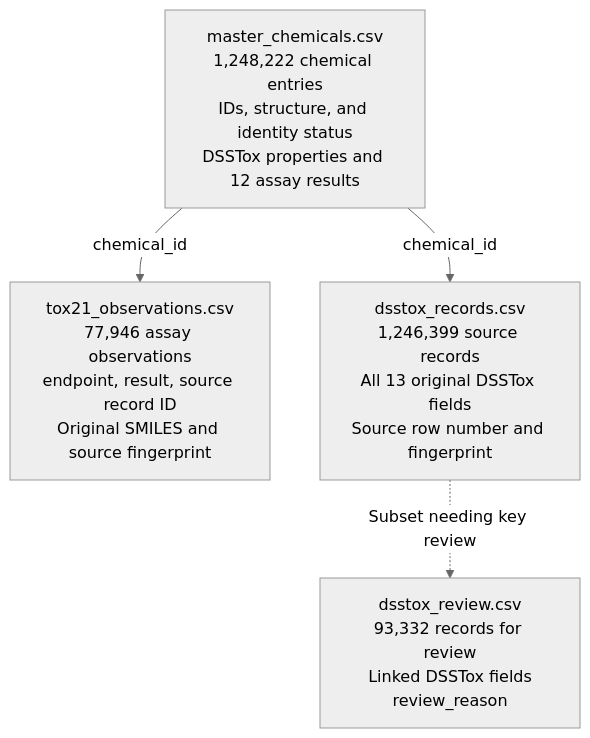
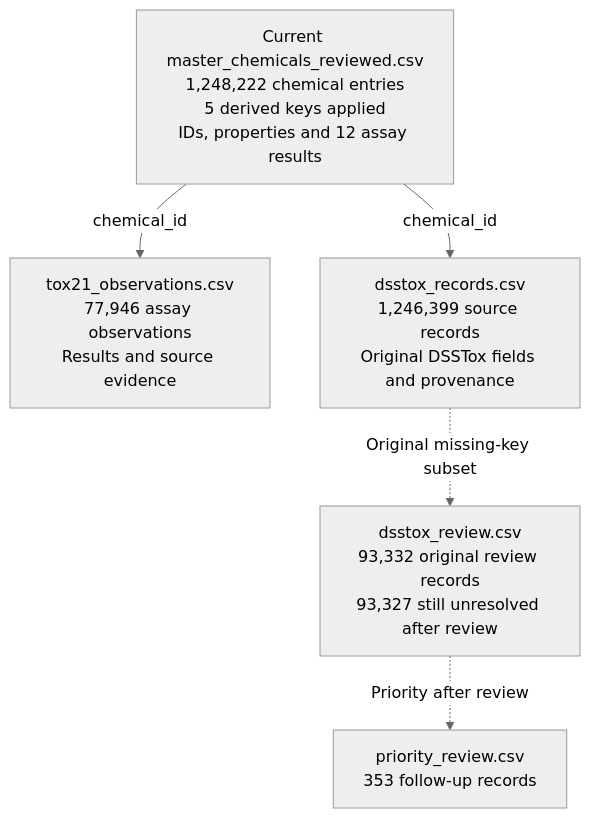
One commit to amiruzzaman/ncem-toxicity changed the diagram in README.md. Above: the diagram before and after it, drawn with Mermaid (neutral theme). The commit also changed other lines of this file and 3 other files, not shown here.

Commit message:
DssSubset Review Implementation.

````diff
--- a/README.md
+++ b/README.md
@@ -27,11 +27,13 @@
 ```mermaid
 flowchart TD
-    M["master_chemicals.csv<br/>1,248,222 chemical entries<br/>IDs, structure, and identity status<br/>DSSTox properties and 12 assay results"]
-    O["tox21_observations.csv<br/>77,946 assay observations<br/>endpoint, result, source record ID<br/>Original SMILES and source fingerprint"]
-    D["dsstox_records.csv<br/>1,246,399 source records<br/>All 13 original DSSTox fields<br/>Source row number and fingerprint"]
-    R["dsstox_review.csv<br/>93,332 records for review<br/>Linked DSSTox fields<br/>review_reason"]
+    M["Current master_chemicals_reviewed.csv<br/>1,248,222 chemical entries<br/>5 derived keys applied<br/>IDs, properties and 12 assay results"]
+    O["tox21_observations.csv<br/>77,946 assay observations<br/>Results and source evidence"]
+    D["dsstox_records.csv<br/>1,246,399 source records<br/>Original DSSTox fields and provenance"]
+    R["dsstox_review.csv<br/>93,332 original review records<br/>93,327 still unresolved after review"]
+    P["priority_review.csv<br/>353 follow-up records"]
 
     M -->|chemical_id| O
     M -->|chemical_id| D
-    D -.->|Subset needing key review| R
+    D -.->|Original missing-key subset| R
+    R -.->|Priority after review| P
 ```
````
